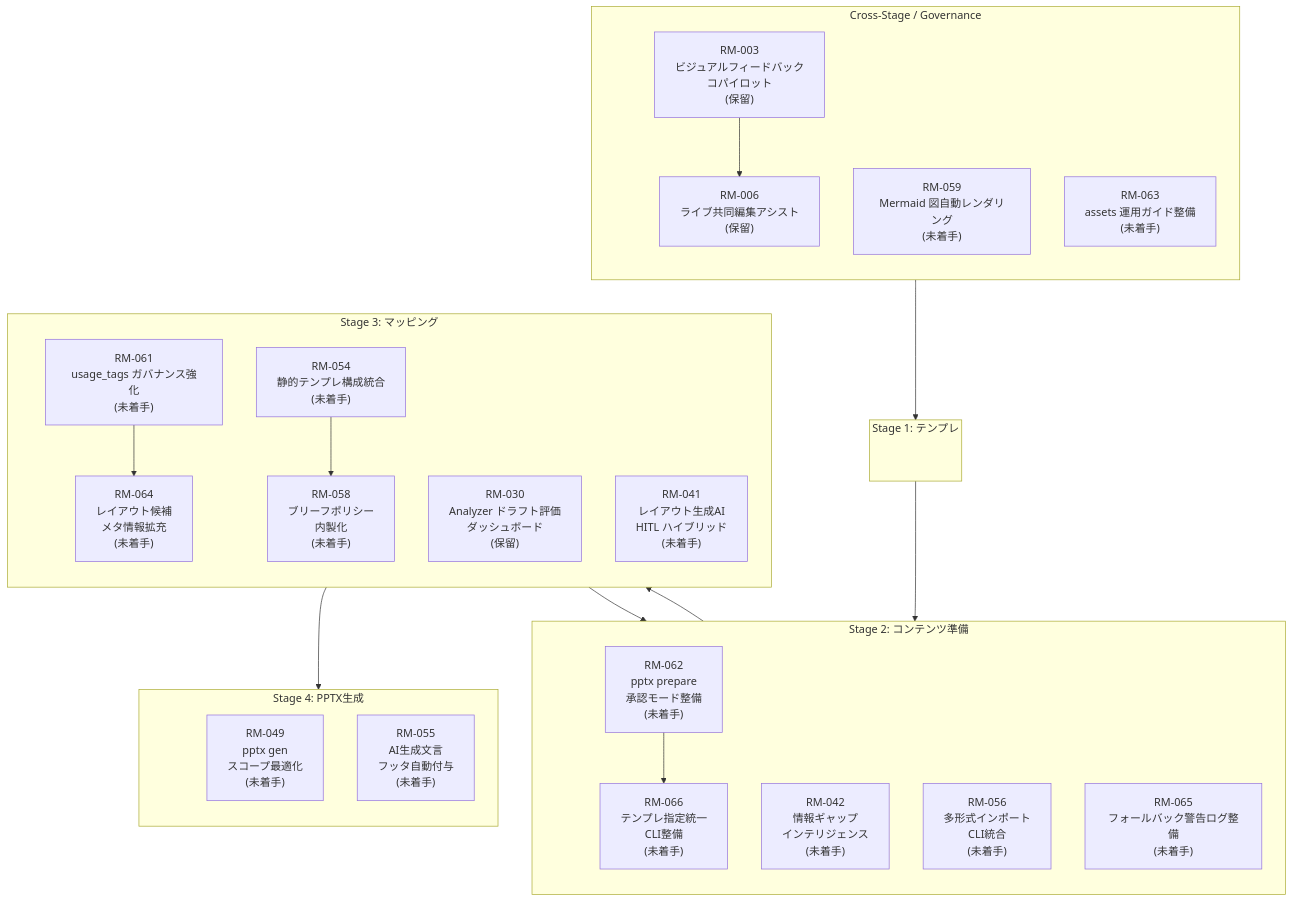
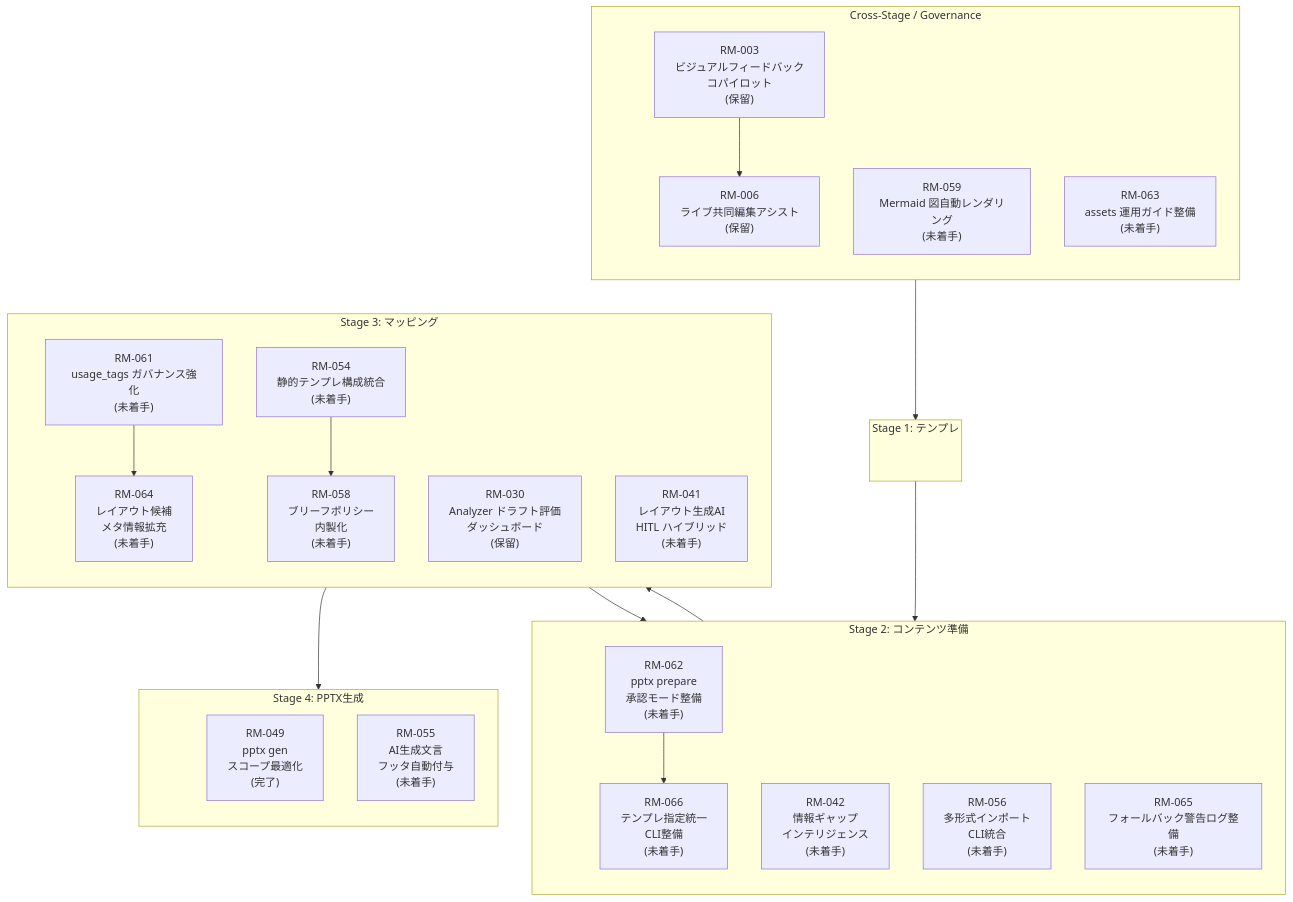
Before and after one commit to yurake/pptx_generator: the diagram in docs/roadmap/roadmap.md, drawn with Mermaid. The commit also changed other lines of this file and 6 other files, not shown here.

First line of the commit message:
docs: align pptx gen documentation with new scope (#283)

````diff
--- a/docs/roadmap/roadmap.md
+++ b/docs/roadmap/roadmap.md
@@ -25,58 +25,58 @@
 ```mermaid
 flowchart TB
     subgraph GOV["Cross-Stage / Governance"]
         direction TB
         GOV_ANCHOR(( ))
         RM003["RM-003<br/>ビジュアルフィードバック<br/>コパイロット<br/>(保留)"]
         RM006["RM-006<br/>ライブ共同編集アシスト<br/>(保留)"]
         RM059["RM-059<br/>Mermaid 図自動レンダリング<br/>(未着手)"]
         RM063["RM-063<br/>assets 運用ガイド整備<br/>(未着手)"]
     end
 
     subgraph ST1["Stage 1: テンプレ"]
         direction TB
         ST1_ANCHOR(( ))
     end
 
     subgraph ST2["Stage 2: コンテンツ準備"]
         direction TB
         ST2_ANCHOR(( ))
         RM042["RM-042<br/>情報ギャップ<br/>インテリジェンス<br/>(未着手)"]
         RM056["RM-056<br/>多形式インポート<br/>CLI統合<br/>(未着手)"]
         RM062["RM-062<br/>pptx prepare<br/>承認モード整備<br/>(未着手)"]
         RM065["RM-065<br/>フォールバック警告ログ整備<br/>(未着手)"]
         RM066["RM-066<br/>テンプレ指定統一<br/>CLI整備<br/>(未着手)"]
     end
 
     subgraph ST3["Stage 3: マッピング"]
         direction TB
         ST3_ANCHOR(( ))
         RM030["RM-030<br/>Analyzer ドラフト評価<br/>ダッシュボード<br/>(保留)"]
         RM041["RM-041<br/>レイアウト生成AI<br/>HITL ハイブリッド<br/>(未着手)"]
         RM054["RM-054<br/>静的テンプレ構成統合<br/>(未着手)"]
         RM058["RM-058<br/>ブリーフポリシー<br/>内製化<br/>(未着手)"]
         RM061["RM-061<br/>usage_tags ガバナンス強化<br/>(未着手)"]
         RM064["RM-064<br/>レイアウト候補<br/>メタ情報拡充<br/>(未着手)"]
     end
 
     subgraph ST4["Stage 4: PPTX生成"]
         direction TB
         ST4_ANCHOR(( ))
-        RM049["RM-049<br/>pptx gen<br/>スコープ最適化<br/>(未着手)"]
+        RM049["RM-049<br/>pptx gen<br/>スコープ最適化<br/>(完了)"]
         RM055["RM-055<br/>AI生成文言<br/>フッタ自動付与<br/>(未着手)"]
     end
 
     style GOV_ANCHOR fill:transparent,stroke:transparent
     style ST1_ANCHOR fill:transparent,stroke:transparent
     style ST2_ANCHOR fill:transparent,stroke:transparent
     style ST3_ANCHOR fill:transparent,stroke:transparent
     style ST4_ANCHOR fill:transparent,stroke:transparent
 
     GOV_ANCHOR --> ST1_ANCHOR --> ST2_ANCHOR --> ST3_ANCHOR --> ST4_ANCHOR
 
     RM003 --> RM006
     RM061 --> RM064
     RM064 --> RM065
     RM062 --> RM066
     RM054 --> RM058
 ```
````
